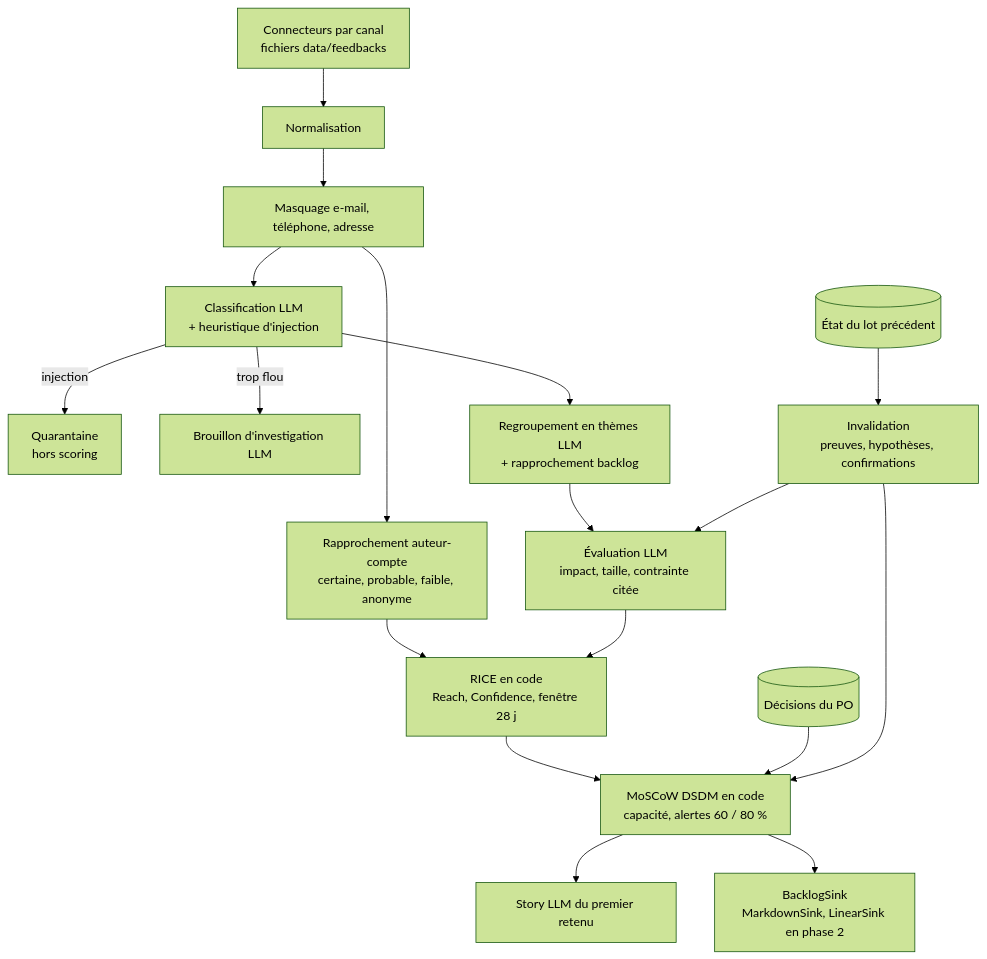
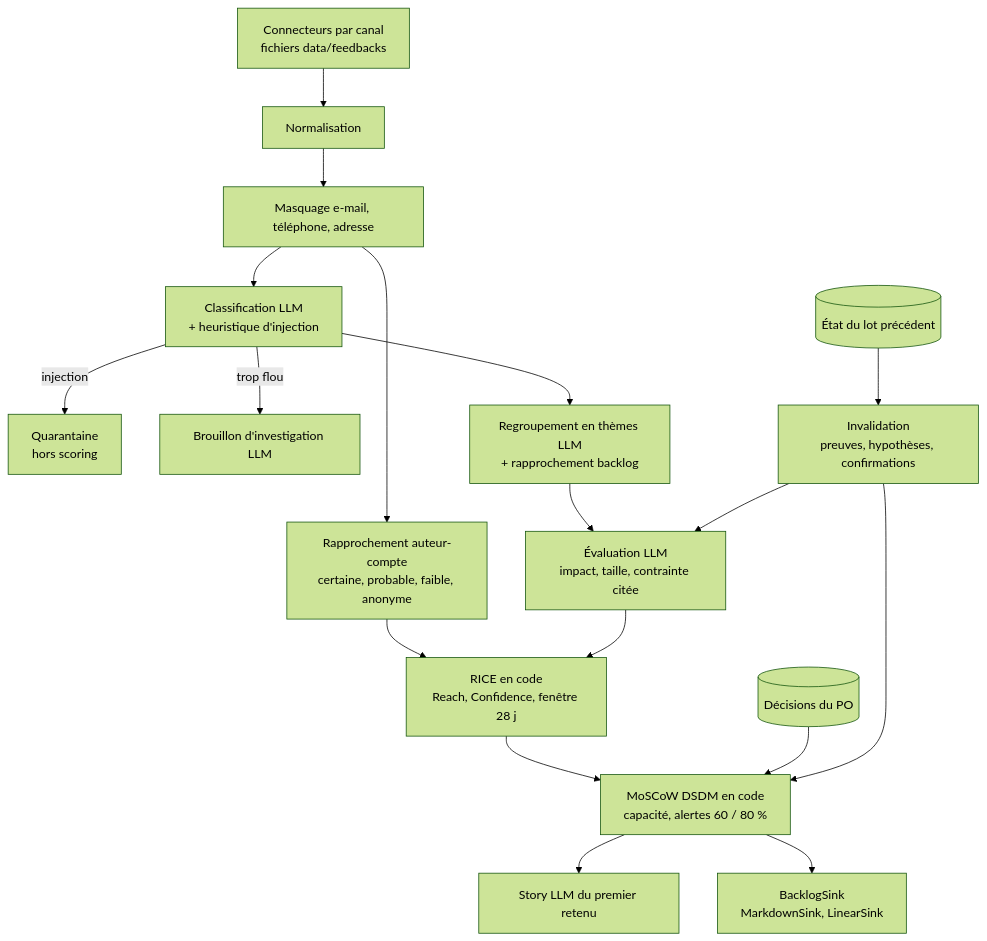
One commit to TheCierfub/thiga-po-agent changed the diagram in README.md. Above: the diagram before and after it, drawn with Mermaid (forest theme). The commit also changed other lines of this file and 3 other files, not shown here.

First line of the commit message:
Docs phase 2 : interface, branchement Linear, ADR-015

````diff
--- a/README.md
+++ b/README.md
@@ -87,20 +128,20 @@
 ```mermaid
 flowchart TD
   A[Connecteurs par canal<br/>fichiers data/feedbacks] --> B[Normalisation]
   B --> C[Masquage e-mail, téléphone, adresse]
   C --> D[Rapprochement auteur-compte<br/>certaine, probable, faible, anonyme]
   C --> E[Classification LLM<br/>+ heuristique d'injection]
   E -->|injection| Q[Quarantaine<br/>hors scoring]
   E -->|trop flou| I[Brouillon d'investigation LLM]
   E --> F[Regroupement en thèmes LLM<br/>+ rapprochement backlog]
   F --> G[Évaluation LLM<br/>impact, taille, contrainte citée]
   D --> H
   G --> H[RICE en code<br/>Reach, Confidence, fenêtre 28 j]
   H --> M[MoSCoW DSDM en code<br/>capacité, alertes 60 / 80 %]
   M --> S[Story LLM du premier retenu]
-  M --> K[BacklogSink<br/>MarkdownSink, LinearSink en phase 2]
+  M --> K[BacklogSink<br/>MarkdownSink, LinearSink]
   P[(Décisions du PO)] --> M
   X[(État du lot précédent)] --> V[Invalidation<br/>preuves, hypothèses, confirmations]
   V --> G
   V --> M
 ```
````
